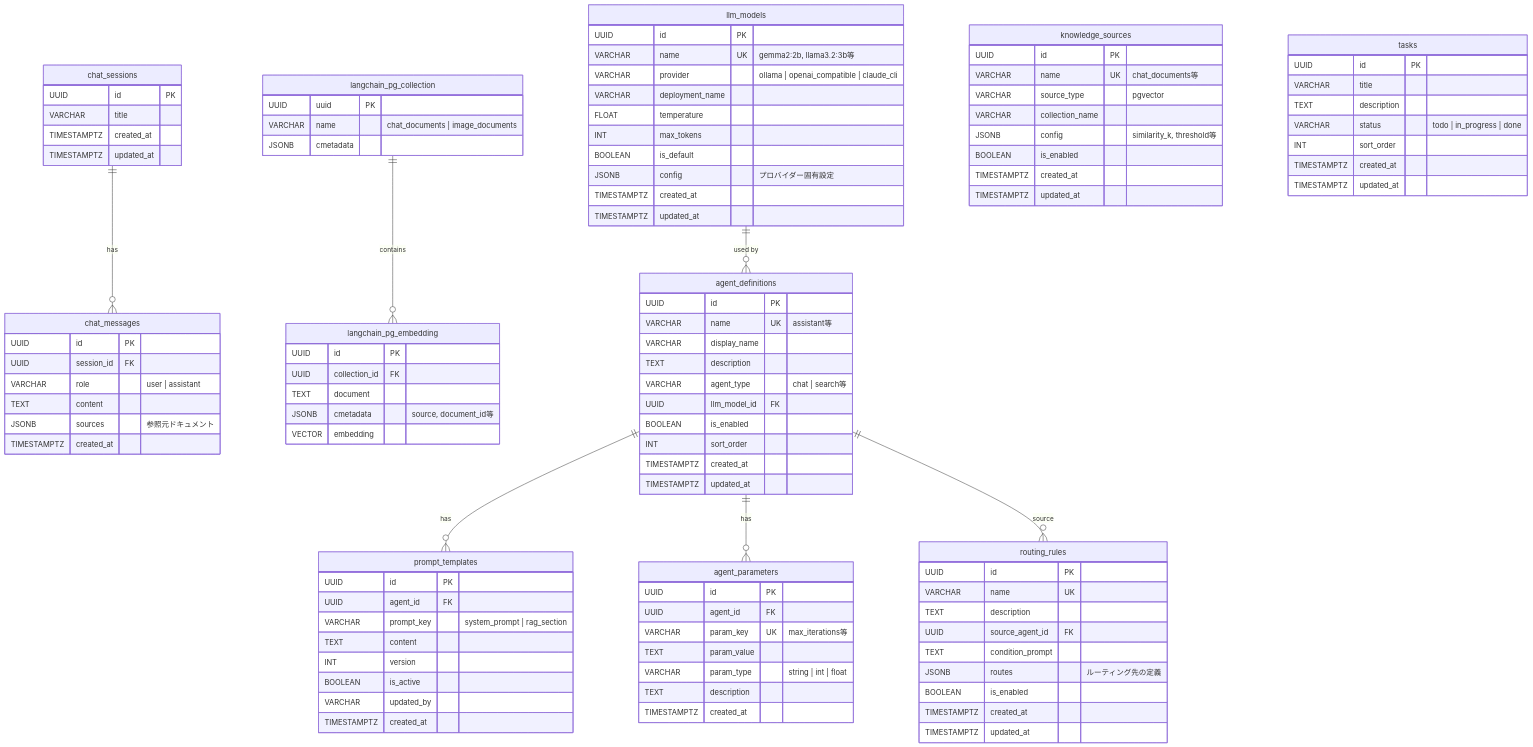
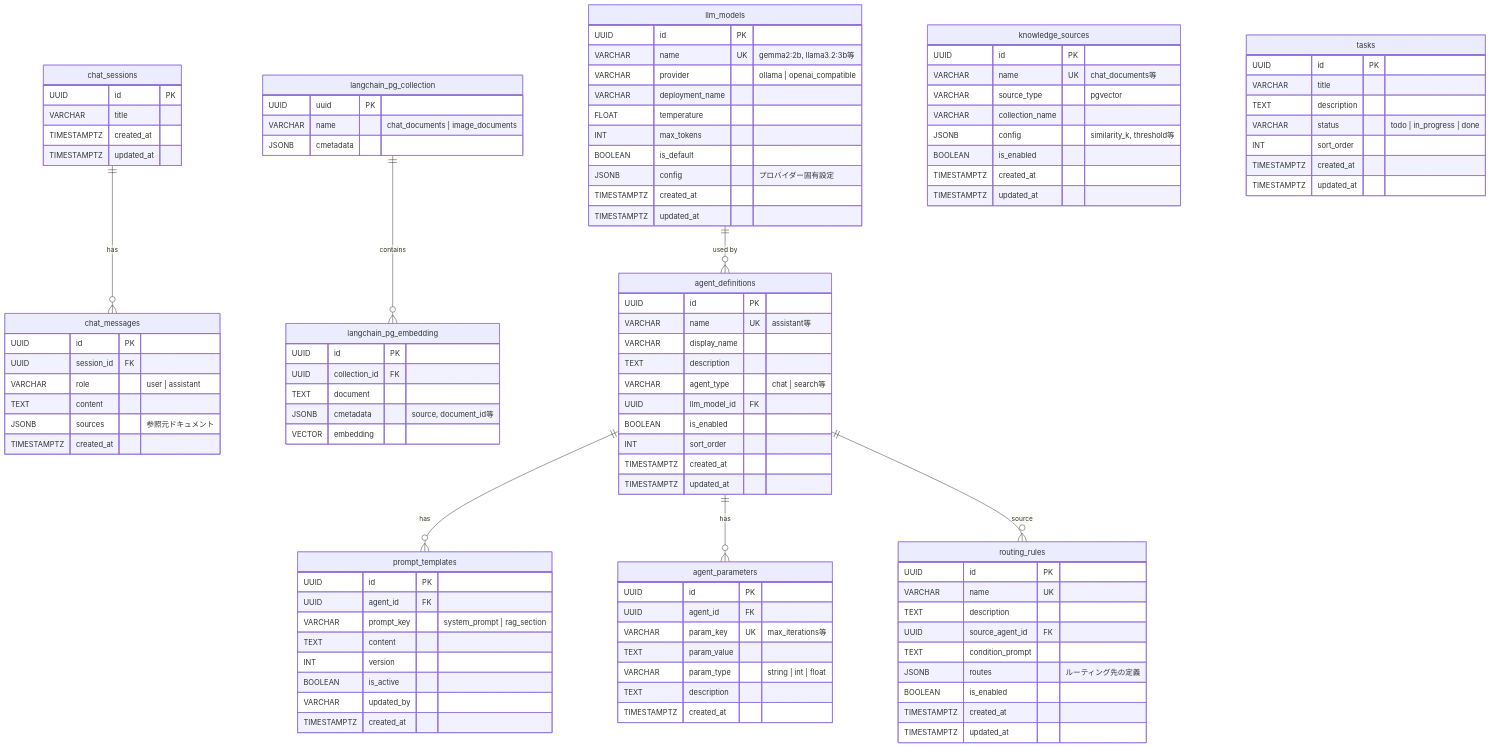
The diagram in docs/er-diagram.md (kazuharayama/chat-sandbox), drawn with Mermaid before and after one commit. The commit also changed other lines of this file and 14 other files, not shown here.

First line of the commit message:
Remove Claude CLI provider; rework F0 spec; add FF (model-switch QA)

```diff
--- a/docs/er-diagram.md
+++ b/docs/er-diagram.md
@@ -44,7 +44,7 @@
     llm_models {
         UUID id PK
         VARCHAR name UK "gemma2:2b, llama3.2:3b等"
-        VARCHAR provider "ollama | openai_compatible | claude_cli"
+        VARCHAR provider "ollama | openai_compatible"
         VARCHAR deployment_name
         FLOAT temperature
         INT max_tokens
```
